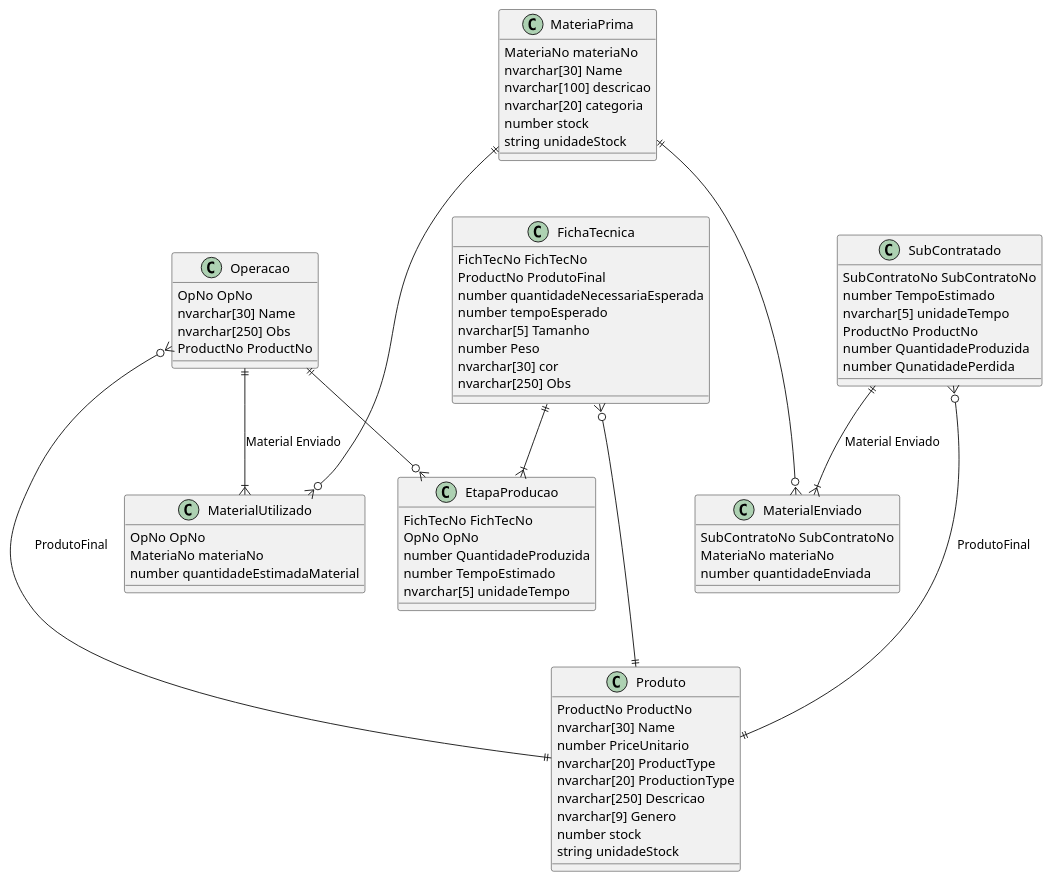
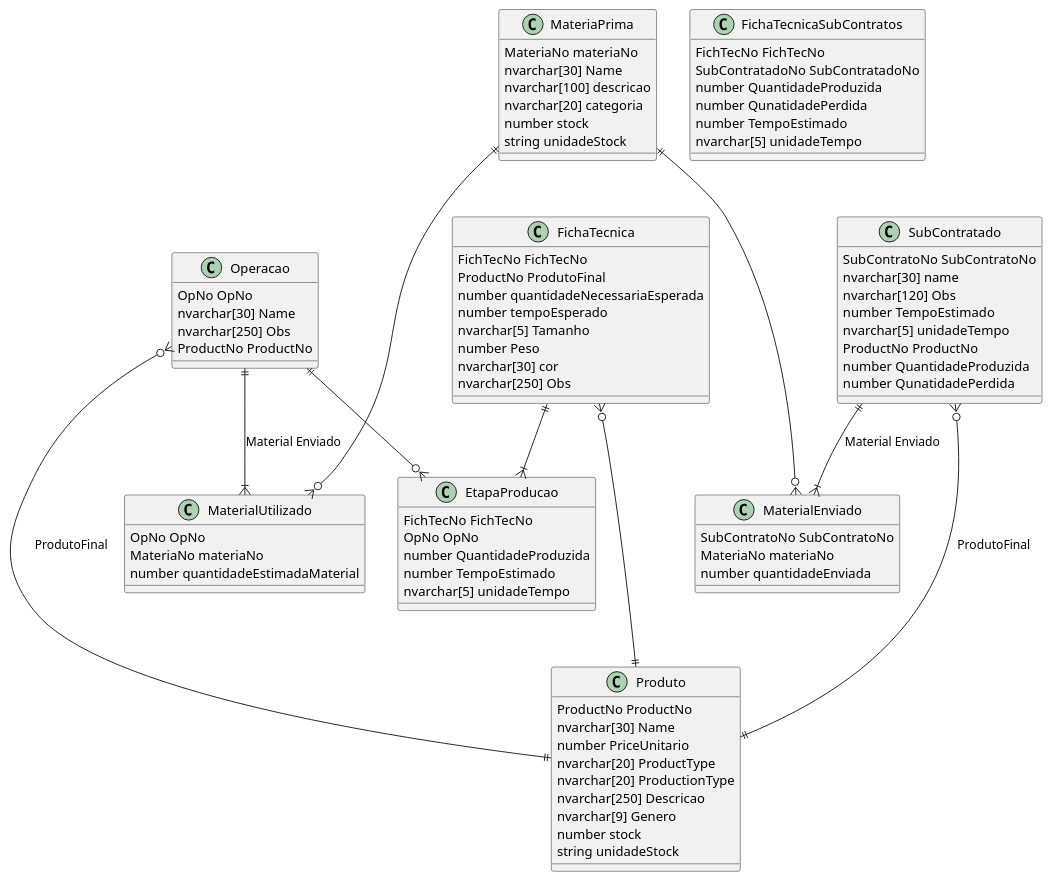
The diagram in DesenhoLogico/Normalizacao/Final/Normalizacao.plantuml (Arturito2005/TrabalhoBD), drawn with PlantUML before and after one commit. The commit also changed 13 other files, not shown here.

```diff
--- a/DesenhoLogico/Normalizacao/Final/Normalizacao.plantuml
+++ b/DesenhoLogico/Normalizacao/Final/Normalizacao.plantuml
@@ -1,90 +1,101 @@
 @startuml Normalizacao
 
 class Produto {
     ProductNo ProductNo
     nvarchar[30] Name 
     number PriceUnitario 
     nvarchar[20] ProductType
     nvarchar[20] ProductionType
     nvarchar[250] Descricao
     nvarchar[9] Genero
     number stock 
     string unidadeStock
 }
 
 class MateriaPrima {
     MateriaNo materiaNo
     nvarchar[30] Name 
     nvarchar[100] descricao
     nvarchar[20] categoria
     number stock 
     string unidadeStock
 }
 
 class Operacao {
     OpNo OpNo
     nvarchar[30] Name 
     nvarchar[250] Obs
     ProductNo ProductNo 
 }
 
 class MaterialUtilizado {
     OpNo OpNo 
     MateriaNo materiaNo
     number quantidadeEstimadaMaterial
 }
 
 class SubContratado {
     SubContratoNo SubContratoNo
+    nvarchar[30] name
+    nvarchar[120] Obs
     number TempoEstimado 
     nvarchar[5] unidadeTempo
     ProductNo ProductNo 
     number QuantidadeProduzida
     number QunatidadePerdida  
 }
 
 class MaterialEnviado {
     SubContratoNo SubContratoNo 
     MateriaNo materiaNo
     number quantidadeEnviada
 }
 
 class FichaTecnica {
     FichTecNo FichTecNo
     ProductNo ProdutoFinal
     number quantidadeNecessariaEsperada
     number tempoEsperado
     nvarchar[5] Tamanho
     number Peso
     nvarchar[30] cor
     nvarchar[250] Obs
 }
 
 class EtapaProducao {
     FichTecNo FichTecNo
     OpNo OpNo
     number QuantidadeProduzida  
     number TempoEstimado 
     nvarchar[5] unidadeTempo
 }
 
+class FichaTecnicaSubContratos {
+    FichTecNo FichTecNo
+    SubContratadoNo SubContratadoNo
+    number QuantidadeProduzida
+    number QunatidadePerdida
+    number TempoEstimado 
+    nvarchar[5] unidadeTempo
+}
+
 /'
 Relacionamento da FichaTecnica
 '/
 FichaTecnica }o---|| Produto
 FichaTecnica ||--|{ EtapaProducao
 Operacao ||--o{ EtapaProducao
 
 /'
 Relacionamento Operacao
 '/
 Operacao }o---|| Produto: ProdutoFinal
 Operacao ||--|{ MaterialUtilizado: Material Enviado
 MateriaPrima ||---o{ MaterialUtilizado
 
 /'Relacionamento SubContrato'/
 SubContratado }o---|| Produto: ProdutoFinal
 SubContratado ||--|{ MaterialEnviado: Material Enviado
 MateriaPrima ||---o{ MaterialEnviado
 
 @end
```
